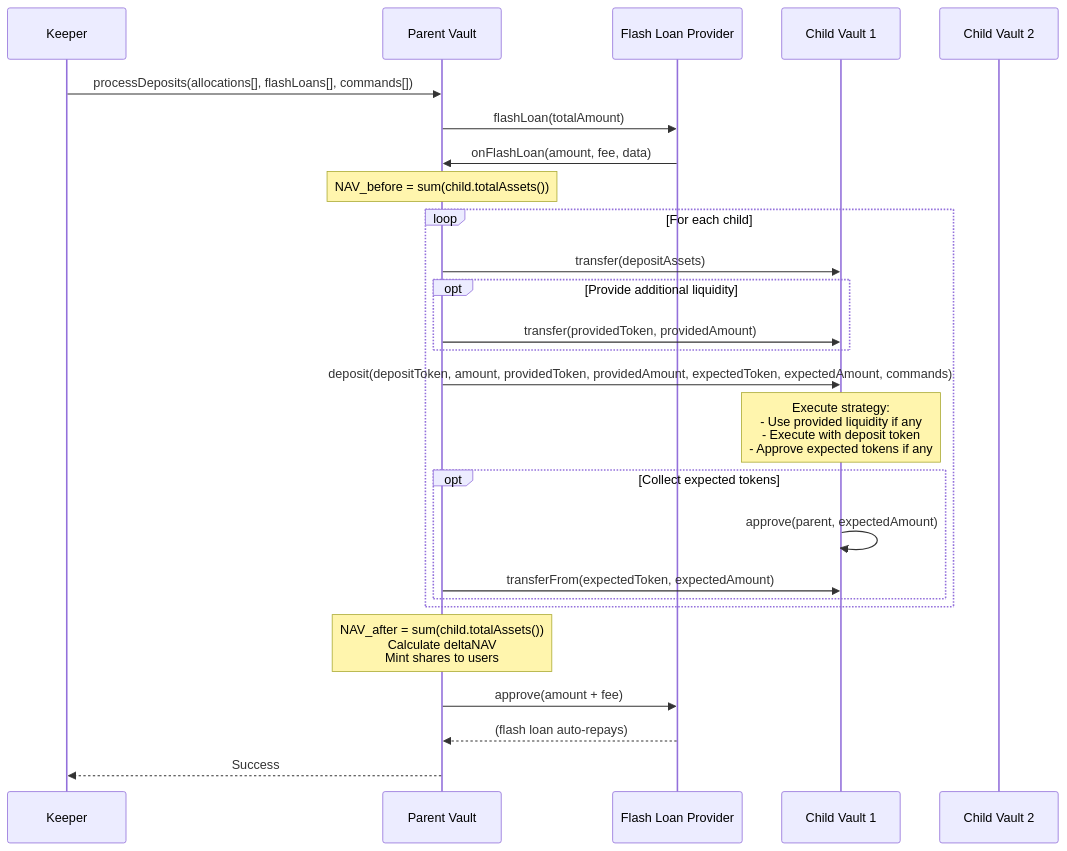
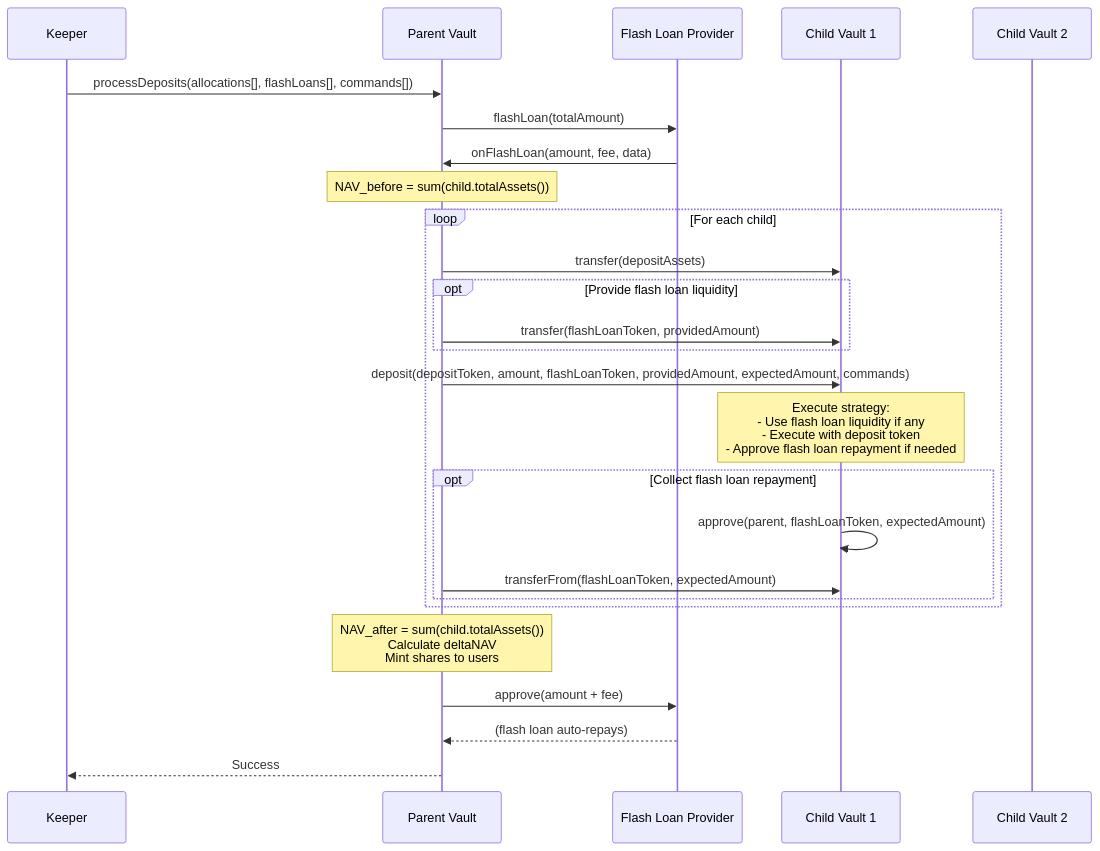
The first of 3 diagrams in docs/adr/0005-deposit-withdrawal-settlement.md (evgenynacu/leveraged-defi-strategy-contracts), drawn with Mermaid before and after one commit. The commit also changed other lines of this file and 11 other files, not shown here.

````diff
--- a/docs/adr/0005-deposit-withdrawal-settlement.md
+++ b/docs/adr/0005-deposit-withdrawal-settlement.md
@@ -239,38 +261,38 @@
 ```mermaid
 sequenceDiagram
     participant K as Keeper
     participant P as Parent Vault
     participant FL as Flash Loan Provider
     participant C1 as Child Vault 1
     participant C2 as Child Vault 2
 
     K->>P: processDeposits(allocations[], flashLoans[], commands[])
 
     P->>FL: flashLoan(totalAmount)
 
     FL->>P: onFlashLoan(amount, fee, data)
 
     Note over P: NAV_before = sum(child.totalAssets())
 
     loop For each child
         P->>C1: transfer(depositAssets)
-        opt Provide additional liquidity
-            P->>C1: transfer(providedToken, providedAmount)
+        opt Provide flash loan liquidity
+            P->>C1: transfer(flashLoanToken, providedAmount)
         end
-        P->>C1: deposit(depositToken, amount, providedToken, providedAmount, expectedToken, expectedAmount, commands)
+        P->>C1: deposit(depositToken, amount, flashLoanToken, providedAmount, expectedAmount, commands)
 
-        Note over C1: Execute strategy:<br/>- Use provided liquidity if any<br/>- Execute with deposit token<br/>- Approve expected tokens if any
+        Note over C1: Execute strategy:<br/>- Use flash loan liquidity if any<br/>- Execute with deposit token<br/>- Approve flash loan repayment if needed
 
-        opt Collect expected tokens
-            C1->>C1: approve(parent, expectedAmount)
-            P->>C1: transferFrom(expectedToken, expectedAmount)
+        opt Collect flash loan repayment
+            C1->>C1: approve(parent, flashLoanToken, expectedAmount)
+            P->>C1: transferFrom(flashLoanToken, expectedAmount)
         end
     end
 
     Note over P: NAV_after = sum(child.totalAssets())<br/>Calculate deltaNAV<br/>Mint shares to users
 
     P->>FL: approve(amount + fee)
     FL-->>P: (flash loan auto-repays)
 
     P-->>K: Success
 ```
````
